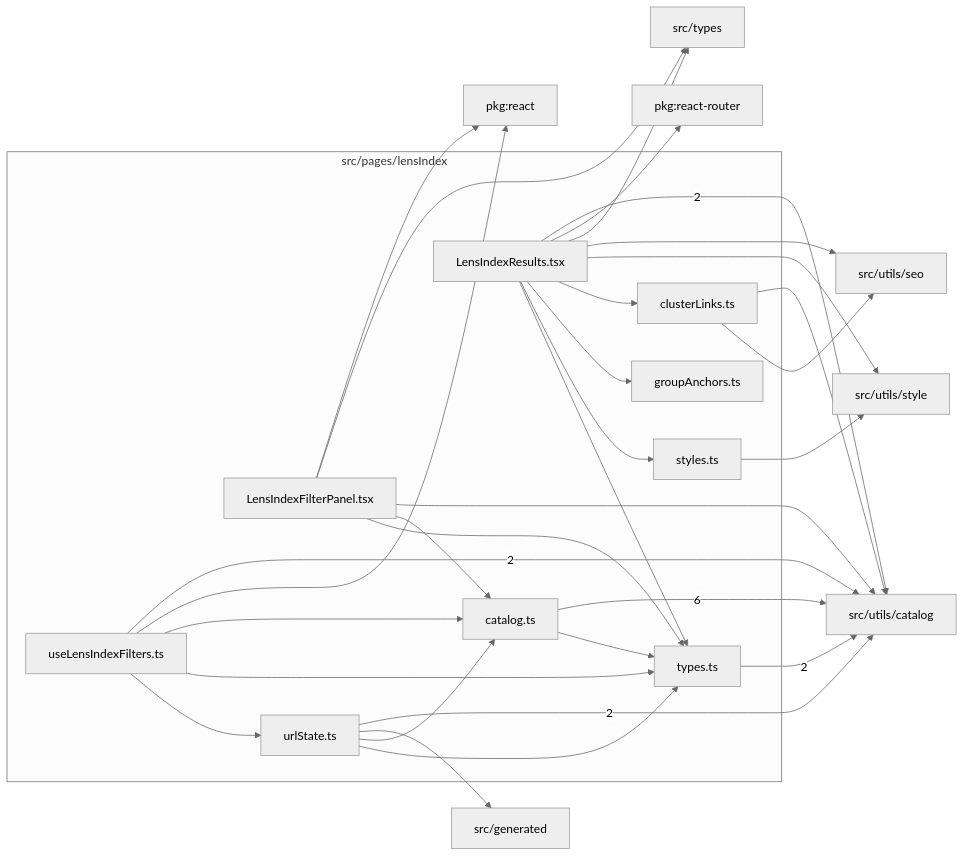
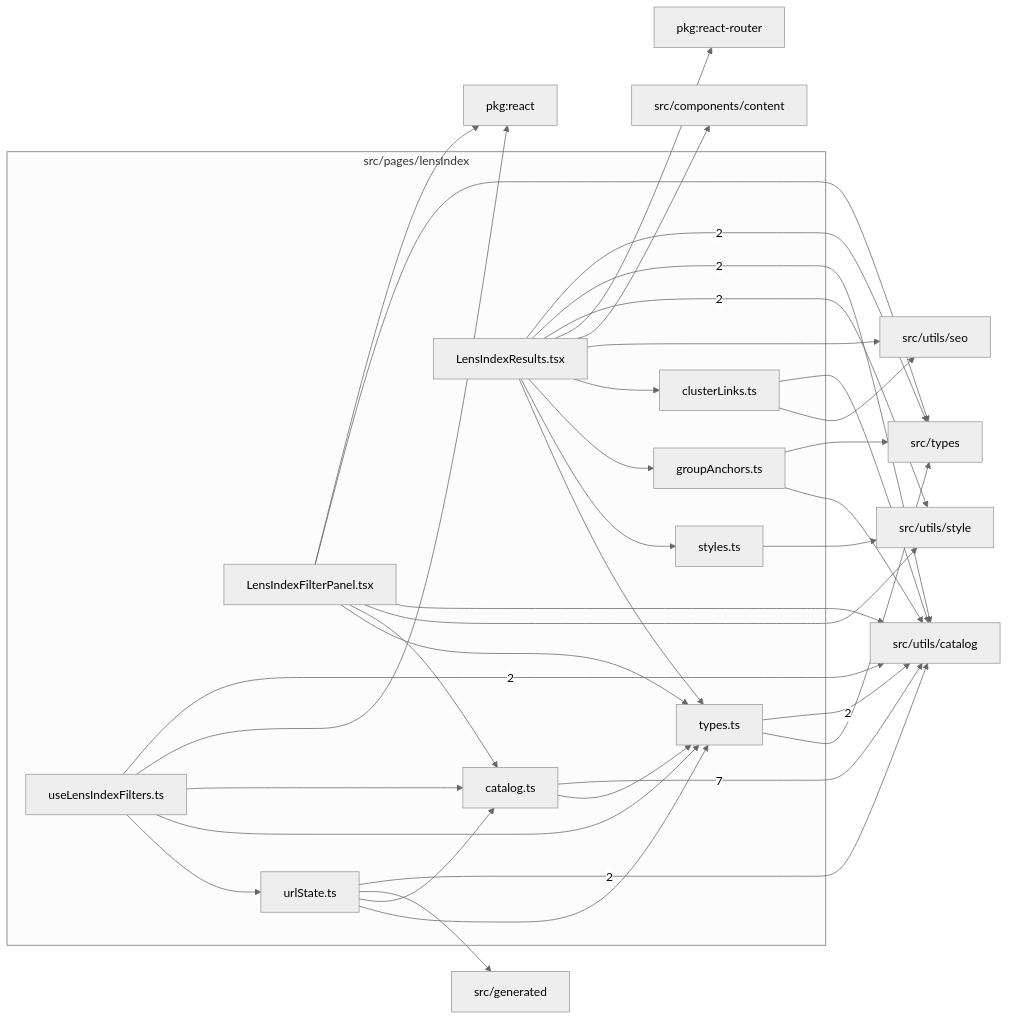
One commit to ronbuening/LensVisualizer changed the diagram in src/pages/lensIndex/readme.md. Above: the diagram before and after it, drawn with Mermaid (neutral theme). The commit also changed other lines of this file and 149 other files, not shown here.

````diff
--- a/src/pages/lensIndex/readme.md
+++ b/src/pages/lensIndex/readme.md
@@ -9,50 +9,56 @@
 ```mermaid
 flowchart LR
   subgraph n_src_pages_lensIndex["src/pages/lensIndex"]
     n_src_pages_lensIndex_src_pages_lensIndex_catalog_ts["catalog.ts"]
     n_src_pages_lensIndex_src_pages_lensIndex_clusterLinks_ts["clusterLinks.ts"]
     n_src_pages_lensIndex_src_pages_lensIndex_groupAnchors_ts["groupAnchors.ts"]
     n_src_pages_lensIndex_src_pages_lensIndex_LensIndexFilterPanel_tsx["LensIndexFilterPanel.tsx"]
     n_src_pages_lensIndex_src_pages_lensIndex_LensIndexResults_tsx["LensIndexResults.tsx"]
     n_src_pages_lensIndex_src_pages_lensIndex_styles_ts["styles.ts"]
     n_src_pages_lensIndex_src_pages_lensIndex_types_ts["types.ts"]
     n_src_pages_lensIndex_src_pages_lensIndex_urlState_ts["urlState.ts"]
     n_src_pages_lensIndex_src_pages_lensIndex_useLensIndexFilters_ts["useLensIndexFilters.ts"]
   end
   n_external_src_utils_catalog["src/utils/catalog"]
+  n_external_src_types["src/types"]
+  n_external_src_utils_style["src/utils/style"]
   n_external_pkg_react["pkg:react"]
   n_external_pkg_react_router["pkg:react-router"]
+  n_external_src_components_content["src/components/content"]
   n_external_src_generated["src/generated"]
-  n_external_src_types["src/types"]
   n_external_src_utils_seo["src/utils/seo"]
-  n_external_src_utils_style["src/utils/style"]
-  n_src_pages_lensIndex_src_pages_lensIndex_catalog_ts --> |6| n_external_src_utils_catalog
+  n_src_pages_lensIndex_src_pages_lensIndex_catalog_ts --> |7| n_external_src_utils_catalog
+  n_src_pages_lensIndex_src_pages_lensIndex_LensIndexResults_tsx --> |2| n_external_src_types
   n_src_pages_lensIndex_src_pages_lensIndex_LensIndexResults_tsx --> |2| n_external_src_utils_catalog
   n_src_pages_lensIndex_src_pages_lensIndex_types_ts --> |2| n_external_src_utils_catalog
   n_src_pages_lensIndex_src_pages_lensIndex_urlState_ts --> |2| n_external_src_utils_catalog
   n_src_pages_lensIndex_src_pages_lensIndex_useLensIndexFilters_ts --> |2| n_external_src_utils_catalog
+  n_src_pages_lensIndex_src_pages_lensIndex_LensIndexResults_tsx --> |2| n_external_src_utils_style
   n_src_pages_lensIndex_src_pages_lensIndex_LensIndexFilterPanel_tsx --> n_external_pkg_react
   n_src_pages_lensIndex_src_pages_lensIndex_useLensIndexFilters_ts --> n_external_pkg_react
   n_src_pages_lensIndex_src_pages_lensIndex_LensIndexResults_tsx --> n_external_pkg_react_router
+  n_src_pages_lensIndex_src_pages_lensIndex_LensIndexResults_tsx --> n_external_src_components_content
   n_src_pages_lensIndex_src_pages_lensIndex_urlState_ts --> n_external_src_generated
+  n_src_pages_lensIndex_src_pages_lensIndex_groupAnchors_ts --> n_external_src_types
   n_src_pages_lensIndex_src_pages_lensIndex_LensIndexFilterPanel_tsx --> n_external_src_types
-  n_src_pages_lensIndex_src_pages_lensIndex_LensIndexResults_tsx --> n_external_src_types
+  n_src_pages_lensIndex_src_pages_lensIndex_types_ts --> n_external_src_types
   n_src_pages_lensIndex_src_pages_lensIndex_clusterLinks_ts --> n_external_src_utils_catalog
+  n_src_pages_lensIndex_src_pages_lensIndex_groupAnchors_ts --> n_external_src_utils_catalog
   n_src_pages_lensIndex_src_pages_lensIndex_LensIndexFilterPanel_tsx --> n_external_src_utils_catalog
   n_src_pages_lensIndex_src_pages_lensIndex_clusterLinks_ts --> n_external_src_utils_seo
   n_src_pages_lensIndex_src_pages_lensIndex_LensIndexResults_tsx --> n_external_src_utils_seo
-  n_src_pages_lensIndex_src_pages_lensIndex_LensIndexResults_tsx --> n_external_src_utils_style
+  n_src_pages_lensIndex_src_pages_lensIndex_LensIndexFilterPanel_tsx --> n_external_src_utils_style
   n_src_pages_lensIndex_src_pages_lensIndex_styles_ts --> n_external_src_utils_style
   n_src_pages_lensIndex_src_pages_lensIndex_LensIndexFilterPanel_tsx --> n_src_pages_lensIndex_src_pages_lensIndex_catalog_ts
   n_src_pages_lensIndex_src_pages_lensIndex_urlState_ts --> n_src_pages_lensIndex_src_pages_lensIndex_catalog_ts
   n_src_pages_lensIndex_src_pages_lensIndex_useLensIndexFilters_ts --> n_src_pages_lensIndex_src_pages_lensIndex_catalog_ts
   n_src_pages_lensIndex_src_pages_lensIndex_LensIndexResults_tsx --> n_src_pages_lensIndex_src_pages_lensIndex_clusterLinks_ts
   n_src_pages_lensIndex_src_pages_lensIndex_LensIndexResults_tsx --> n_src_pages_lensIndex_src_pages_lensIndex_groupAnchors_ts
   n_src_pages_lensIndex_src_pages_lensIndex_LensIndexResults_tsx --> n_src_pages_lensIndex_src_pages_lensIndex_styles_ts
   n_src_pages_lensIndex_src_pages_lensIndex_catalog_ts --> n_src_pages_lensIndex_src_pages_lensIndex_types_ts
   n_src_pages_lensIndex_src_pages_lensIndex_LensIndexFilterPanel_tsx --> n_src_pages_lensIndex_src_pages_lensIndex_types_ts
   n_src_pages_lensIndex_src_pages_lensIndex_LensIndexResults_tsx --> n_src_pages_lensIndex_src_pages_lensIndex_types_ts
   n_src_pages_lensIndex_src_pages_lensIndex_urlState_ts --> n_src_pages_lensIndex_src_pages_lensIndex_types_ts
   n_src_pages_lensIndex_src_pages_lensIndex_useLensIndexFilters_ts --> n_src_pages_lensIndex_src_pages_lensIndex_types_ts
   n_src_pages_lensIndex_src_pages_lensIndex_useLensIndexFilters_ts --> n_src_pages_lensIndex_src_pages_lensIndex_urlState_ts
 ```
````
